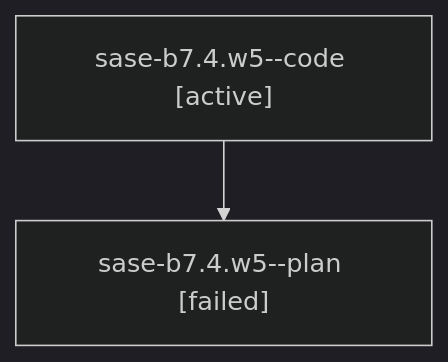
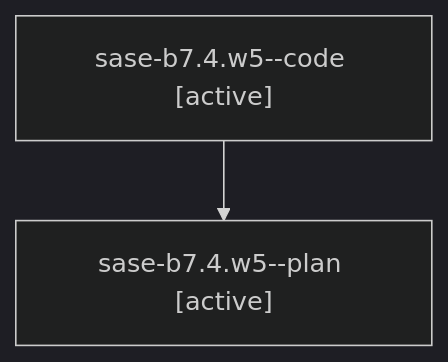
The diagram in families/bbugyi200.athena.sase-b7.4.w5.md (sase-org/sase--agents), drawn with Mermaid (dark theme) before and after one commit. The commit also changed other lines of this file and 5813 other files, not shown here.

````diff
--- a/families/bbugyi200.athena.sase-b7.4.w5.md
+++ b/families/bbugyi200.athena.sase-b7.4.w5.md
@@ -9,6 +9,6 @@
 ```mermaid
 flowchart TD
   n0["sase-b7.4.w5--code [active]"]
-  n1["sase-b7.4.w5--plan [failed]"]
+  n1["sase-b7.4.w5--plan [active]"]
   n0 --> n1
 ```
````
